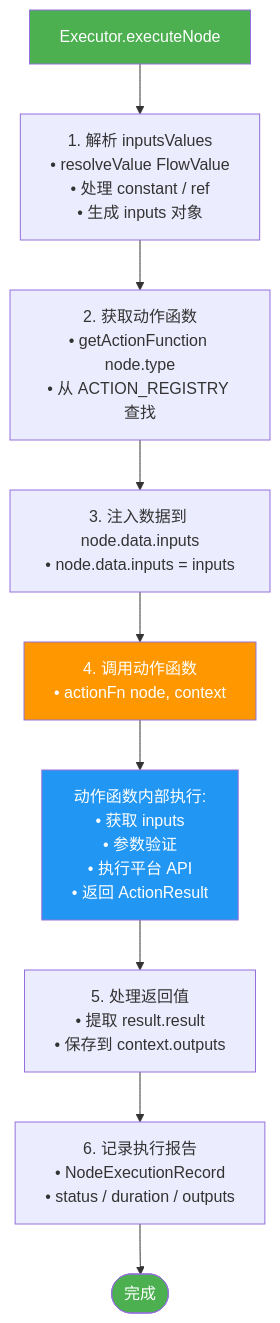
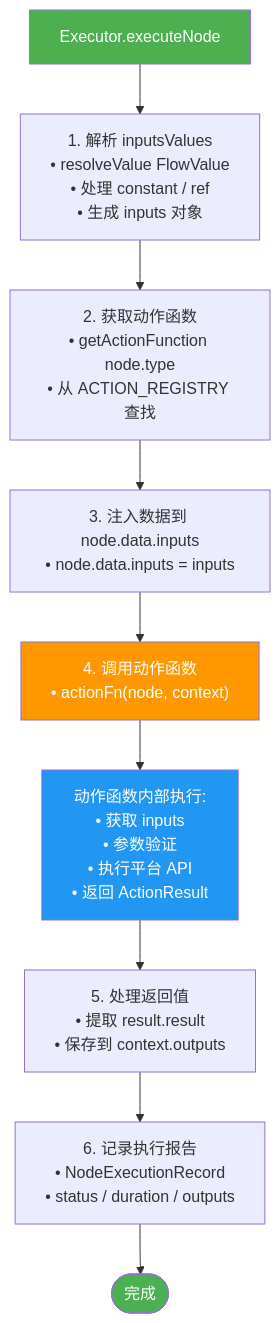
Before and after one commit to zhaotoday/flow: diagram 11 of 11 in README1.md, drawn with Mermaid. The commit also changed other lines of this file, not shown here.

````diff
--- a/README1.md
+++ b/README1.md
@@ -1355,23 +1355,23 @@
 ```mermaid
 flowchart TD
     Start[Executor.executeNode] --> Parse["1. 解析 inputsValues<br/>• resolveValue FlowValue<br/>• 处理 constant / ref<br/>• 生成 inputs 对象"]
     
     Parse --> Get["2. 获取动作函数<br/>• getActionFunction node.type<br/>• 从 ACTION_REGISTRY 查找"]
     
     Get --> Inject["3. 注入数据到 node.data.inputs<br/>• node.data.inputs = inputs"]
     
-    Inject --> Call["4. 调用动作函数<br/>• actionFn node, context"]
+    Inject --> Call["4. 调用动作函数<br/>• actionFn(node, context)"]
     
     Call --> Internal["动作函数内部执行:<br/>• 获取 inputs<br/>• 参数验证<br/>• 执行平台 API<br/>• 返回 ActionResult"]
     
     Internal --> Handle["5. 处理返回值<br/>• 提取 result.result<br/>• 保存到 context.outputs"]
     
     Handle --> Record["6. 记录执行报告<br/>• NodeExecutionRecord<br/>• status / duration / outputs"]
     
     Record --> End([完成])
     
     style Start fill:#4caf50,color:#fff
     style Call fill:#ff9800,color:#fff
     style Internal fill:#2196f3,color:#fff
     style End fill:#4caf50,color:#fff
 ```
````
